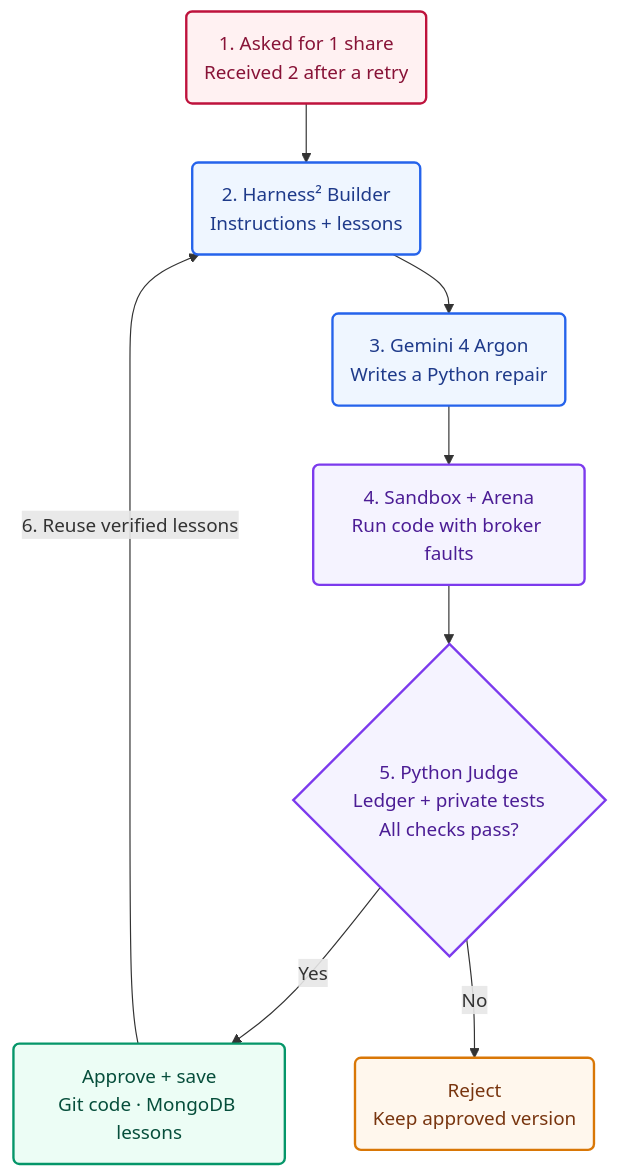
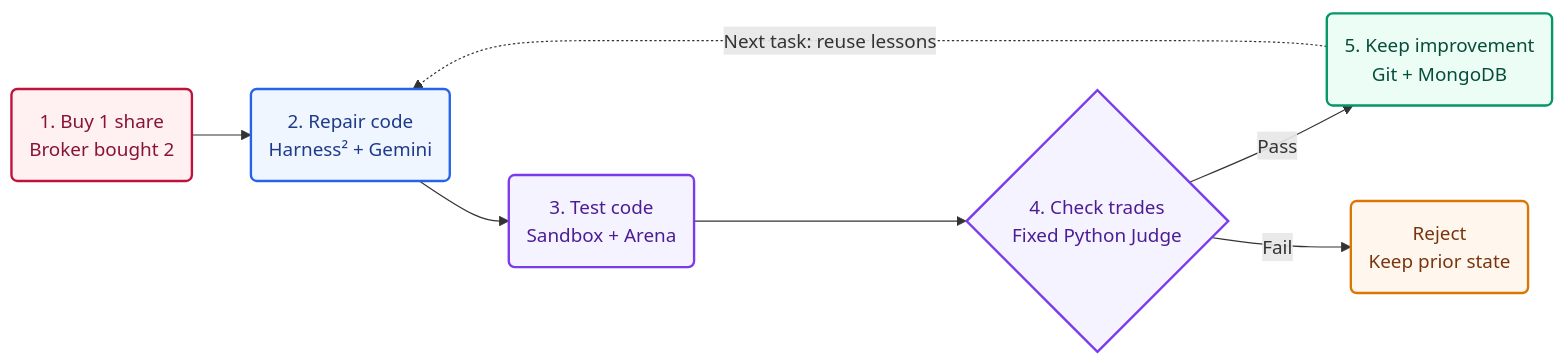
Before and after one commit to geeteshCh/tradeOnce: the diagram in SUBMISSION.md, drawn with Mermaid. The commit also changed other lines of this file, not shown here.

Commit message:
docs: make submission concise and diagram-first

````diff
--- a/SUBMISSION.md
+++ b/SUBMISSION.md
@@ -33,26 +14,25 @@
 ```mermaid
-flowchart TD
-    F("1. Asked for 1 share<br/>Received 2 after a retry")
-    H("2. Harness² Builder<br/>Instructions + lessons")
-    B("3. Gemini 4 Argon<br/>Writes a Python repair")
-    V("4. Sandbox + Arena<br/>Run code with broker faults")
-    J{"5. Python Judge<br/>Ledger + private tests<br/>All checks pass?"}
-    P("Approve + save<br/>Git code · MongoDB lessons")
-    R("Reject<br/>Keep approved version")
+flowchart LR
+    F("1. Buy 1 share<br/>Broker bought 2")
+    B("2. Repair code<br/>Harness² + Gemini")
+    V("3. Test code<br/>Sandbox + Arena")
+    J{"4. Check trades<br/>Fixed Python Judge"}
+    P("5. Keep improvement<br/>Git + MongoDB")
+    R("Reject<br/>Keep prior state")
 
-    F --> H --> B --> V --> J
-    J -->|Yes| P
-    J -->|No| R
-    P -->|6. Reuse verified lessons| H
+    F --> B --> V --> J
+    J -->|Pass| P
+    J -->|Fail| R
+    P -.->|Next task: reuse lessons| B
 
     classDef failure fill:#fff1f2,stroke:#be123c,color:#881337,stroke-width:2px
     classDef learn fill:#eff6ff,stroke:#2563eb,color:#1e3a8a,stroke-width:2px
     classDef verify fill:#f5f3ff,stroke:#7c3aed,color:#4c1d95,stroke-width:2px
     classDef approve fill:#ecfdf5,stroke:#059669,color:#064e3b,stroke-width:2px
     classDef reject fill:#fff7ed,stroke:#d97706,color:#78350f,stroke-width:2px
     class F failure
-    class H,B learn
+    class B learn
     class V,J verify
     class P approve
     class R reject
 ```
````
